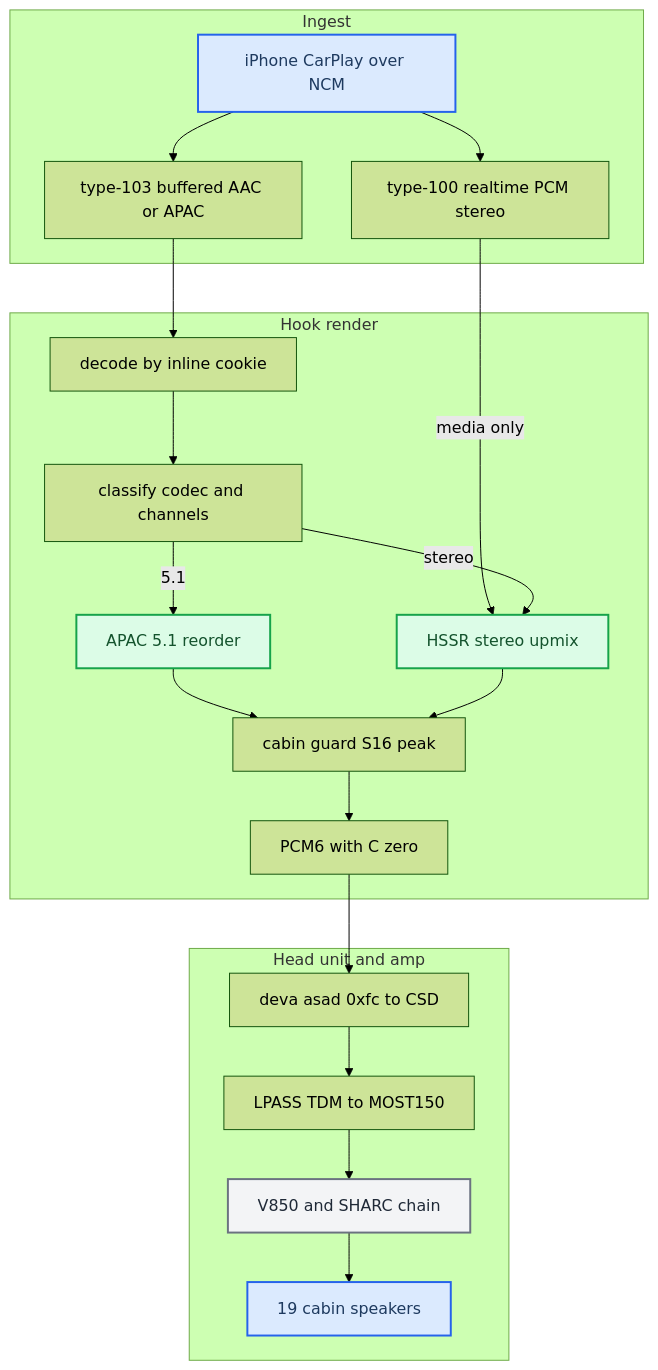
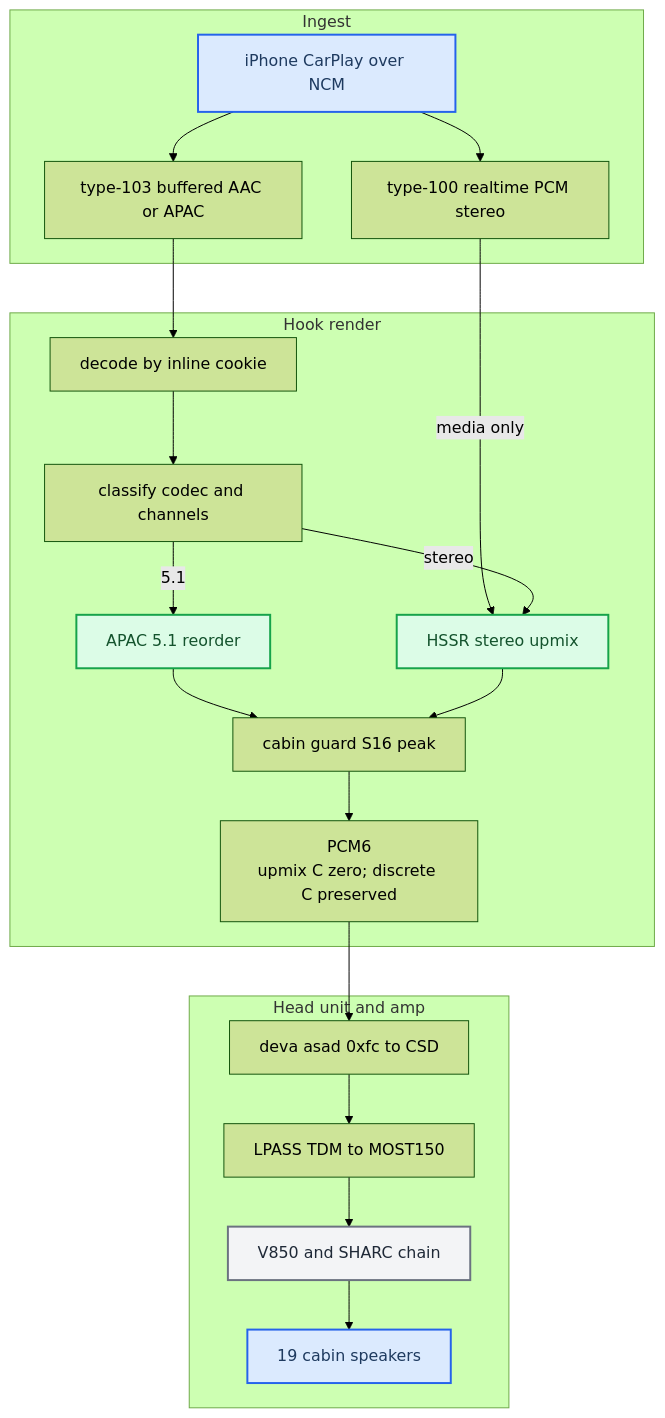
Before and after one commit to luka-dev/mib2q-carplay-rgi: the second of 5 diagrams in docs/audio/STEREO_TO_5_1_UPMIX.md, drawn with Mermaid (forest theme). The commit also changed other lines of this file and 6 other files, not shown here.

Commit message:
docs(audio): refresh domain diagrams and paused qualification map

````diff
--- a/docs/audio/STEREO_TO_5_1_UPMIX.md
+++ b/docs/audio/STEREO_TO_5_1_UPMIX.md
@@ -65,36 +67,36 @@
 ```mermaid
 flowchart TB
   accTitle: Master stereo to 5.1 pipeline
   accDescr: Two transports feed decode and classification, split into a discrete 5.1 path and an HSSR upmix path, pass the cabin guard into PCM6 and travel down to the amp and speakers.
   subgraph ingest["Ingest"]
     iphone["iPhone CarPlay over NCM"]
     realtime_100["type-100 realtime PCM stereo"]
     buffered_103["type-103 buffered AAC or APAC"]
   end
   subgraph render["Hook render"]
     cookie_decode["decode by inline cookie"]
     classify_pcm["classify codec and channels"]
     discrete_reorder["APAC 5.1 reorder"]
     hssr_upmix["HSSR stereo upmix"]
     cabin_guard["cabin guard S16 peak"]
-    pcm6_out["PCM6 with C zero"]
+    pcm6_out["PCM6<br/>upmix C zero; discrete C preserved"]
   end
   subgraph downstream["Head unit and amp"]
     deva_csd["deva asad 0xfc to CSD"]
     most_amp["LPASS TDM to MOST150"]
     j525_dsp["V850 and SHARC chain"]
     speakers_19["19 cabin speakers"]
   end
   iphone --> realtime_100
   iphone --> buffered_103 --> cookie_decode --> classify_pcm
   realtime_100 -->|media only| hssr_upmix
   classify_pcm -->|5.1| discrete_reorder --> cabin_guard
   classify_pcm -->|stereo| hssr_upmix --> cabin_guard
   cabin_guard --> pcm6_out --> deva_csd --> most_amp --> j525_dsp --> speakers_19
   classDef primary fill:#dbeafe,stroke:#2563eb,stroke-width:2px,color:#1e3a5f
   classDef success fill:#dcfce7,stroke:#16a34a,stroke-width:2px,color:#14532d
   classDef neutral fill:#f3f4f6,stroke:#6b7280,stroke-width:2px,color:#1f2937
   class iphone,speakers_19 primary
   class discrete_reorder,hssr_upmix success
   class j525_dsp neutral
 ```
````
